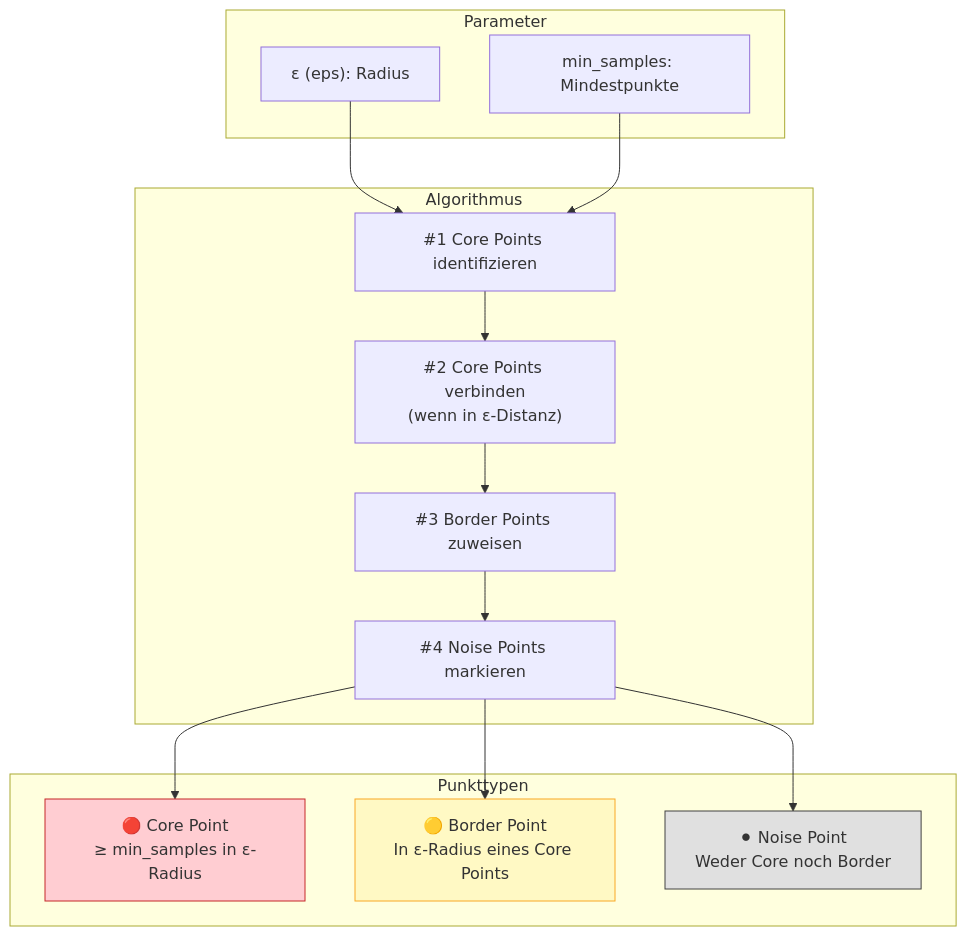
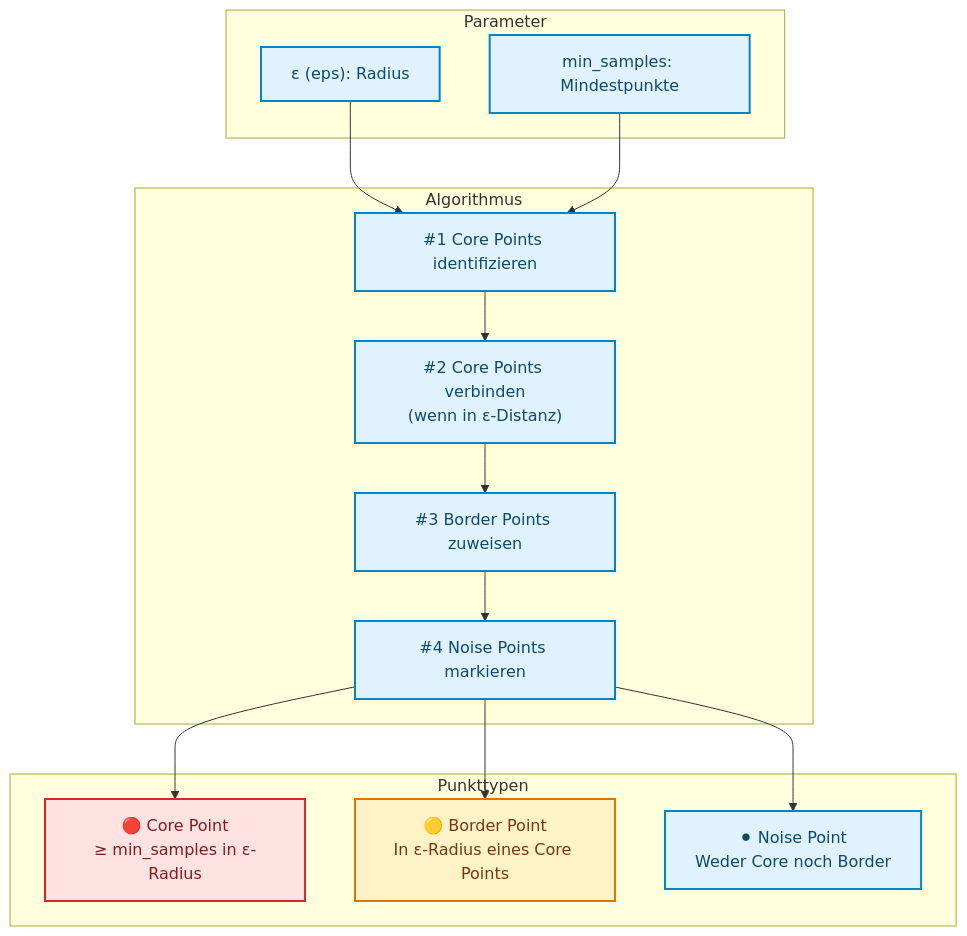
The fourth of 6 diagrams in docs/concepts/modeling/kmeans-dbscan.md (ralf-42/ML_Intro), drawn with Mermaid before and after one commit. The commit also changed other lines of this file and 67 other files, not shown here.

````diff
--- a/docs/concepts/modeling/kmeans-dbscan.md
+++ b/docs/concepts/modeling/kmeans-dbscan.md
@@ -160,33 +167,35 @@
 ```mermaid
 flowchart TD
     subgraph Params["Parameter"]
         E["ε (eps): Radius"]
         M["min_samples: Mindestpunkte"]
     end
     
     subgraph Points["Punkttypen"]
         CP["🔴 Core Point<br/>≥ min_samples in ε-Radius"]
         BP["🟡 Border Point<br/>In ε-Radius eines Core Points"]
         NP["⚫ Noise Point<br/>Weder Core noch Border"]
     end
     
     subgraph Process["Algorithmus"]
         P1["#1 Core Points identifizieren"]
         P2["#2 Core Points verbinden<br/>(wenn in ε-Distanz)"]
         P3["#3 Border Points zuweisen"]
         P4["#4 Noise Points markieren"]
     end
     
     E --> P1
     M --> P1
     P1 --> P2
     P2 --> P3
     P3 --> P4
     P4 --> CP
     P4 --> BP
     P4 --> NP
-    
-    style CP fill:#ffcdd2,stroke:#c62828
-    style BP fill:#fff9c4,stroke:#f9a825
-    style NP fill:#e0e0e0,stroke:#424242
+
+    classDef default fill:#e0f2fe,stroke:#0284c7,stroke-width:2px,color:#0c4a6e;
+    classDef metric fill:#fef3c7,stroke:#d97706,stroke-width:2px,color:#78350f;
+    classDef stop fill:#fee2e2,stroke:#dc2626,stroke-width:2px,color:#7f1d1d;
+    class BP metric;
+    class CP stop;
 ```
````
